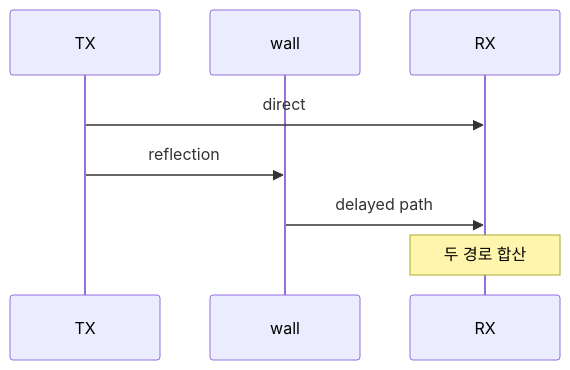
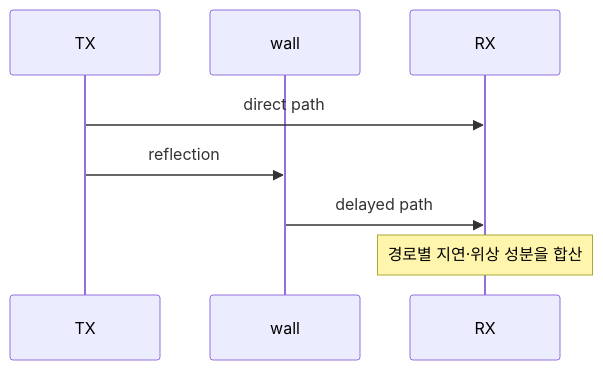
The second of 2 diagrams in learning/wireless-communications/05-channel-noise-and-capacity.md (mj006648/netai-devsecops-runbook), drawn with Mermaid before and after one commit. The commit also changed other lines of this file and 24 other files, not shown here.

````diff
--- a/learning/wireless-communications/05-channel-noise-and-capacity.md
+++ b/learning/wireless-communications/05-channel-noise-and-capacity.md
@@ -91,10 +25,10 @@
 ```mermaid
 sequenceDiagram
     participant T as TX
     participant W as wall
     participant R as RX
-    T->>R: direct
+    T->>R: direct path
     T->>W: reflection
     W->>R: delayed path
-    Note over R: 두 경로 합산
+    Note over R: 경로별 지연·위상 성분을 합산
 ```
````
